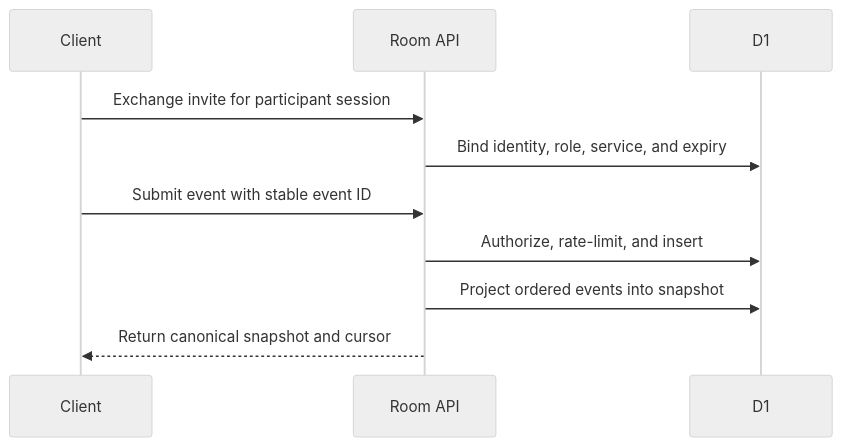
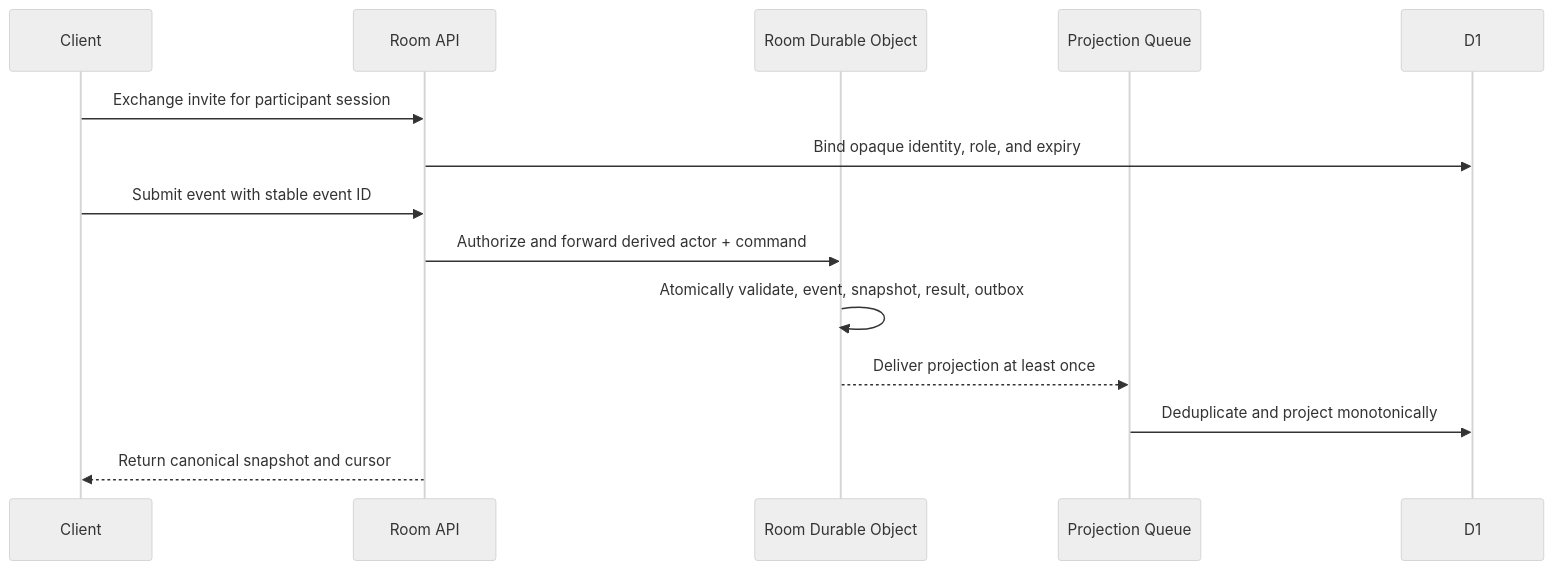
One commit to masonwyatt23/unijam changed the first of 2 diagrams in docs/ARCHITECTURE.md. Above: the diagram before and after it, drawn with Mermaid (neutral theme). The commit also changed other lines of this file and 151 other files, not shown here.

````diff
--- a/docs/ARCHITECTURE.md
+++ b/docs/ARCHITECTURE.md
@@ -22,13 +22,17 @@
 ```mermaid
 sequenceDiagram
     participant C as Client
     participant A as Room API
+    participant R as Room Durable Object
+    participant Q as Projection Queue
     participant D as D1
 
     C->>A: Exchange invite for participant session
-    A->>D: Bind identity, role, service, and expiry
+    A->>D: Bind opaque identity, role, and expiry
     C->>A: Submit event with stable event ID
-    A->>D: Authorize, rate-limit, and insert
-    A->>D: Project ordered events into snapshot
+    A->>R: Authorize and forward derived actor + command
+    R->>R: Atomically validate, event, snapshot, result, outbox
+    R-->>Q: Deliver projection at least once
+    Q->>D: Deduplicate and project monotonically
     A-->>C: Return canonical snapshot and cursor
 ```
````
